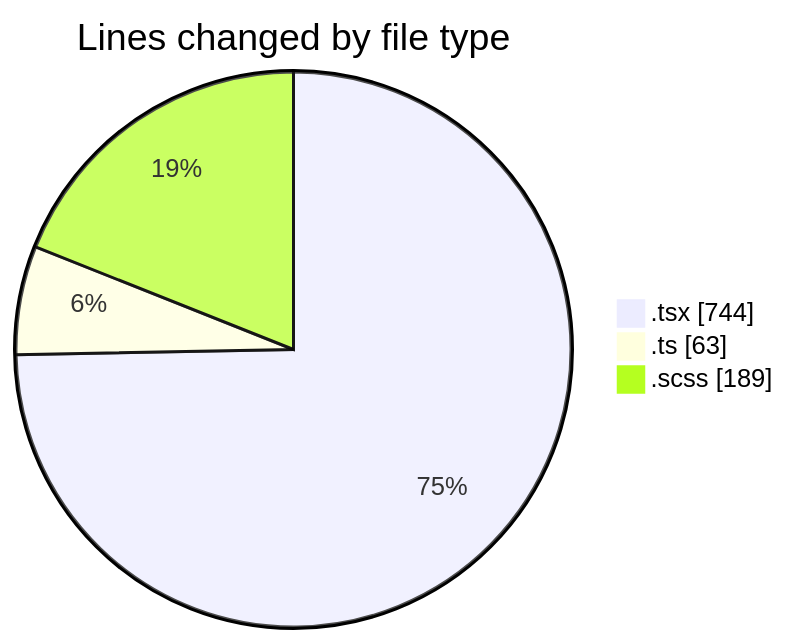
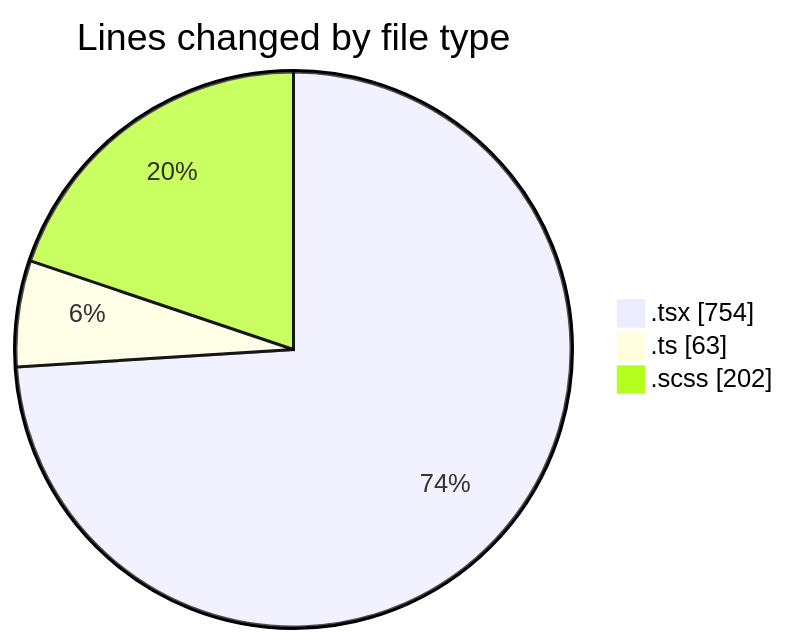
One commit to momahboobian/code-tracking changed the first of 2 diagrams in 2025-04-02/cda/README.md. Above: the diagram before and after it, drawn with Mermaid. The commit also changed other lines of this file and 1 other file, not shown here.

````diff
--- a/2025-04-02/cda/README.md
+++ b/2025-04-02/cda/README.md
@@ -25,7 +25,7 @@
 ```mermaid
 pie showData
 title Lines changed by file type
-".tsx" : 744
+".tsx" : 754
 ".ts" : 63
-".scss" : 189
+".scss" : 202
 ```
````
